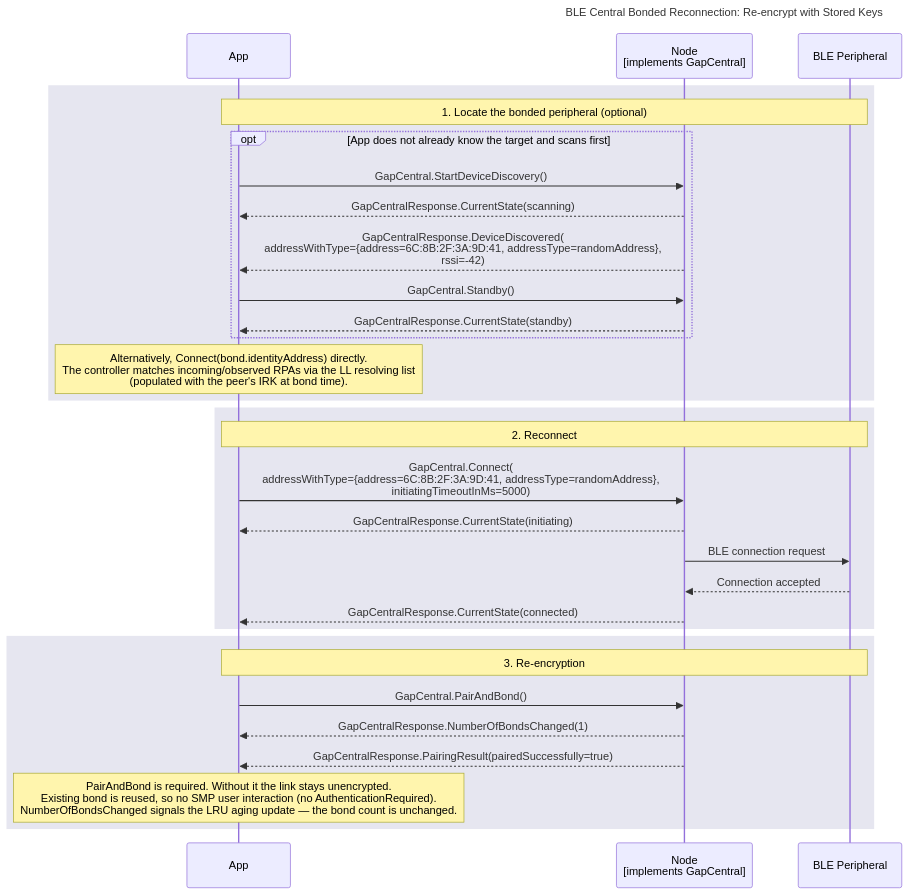
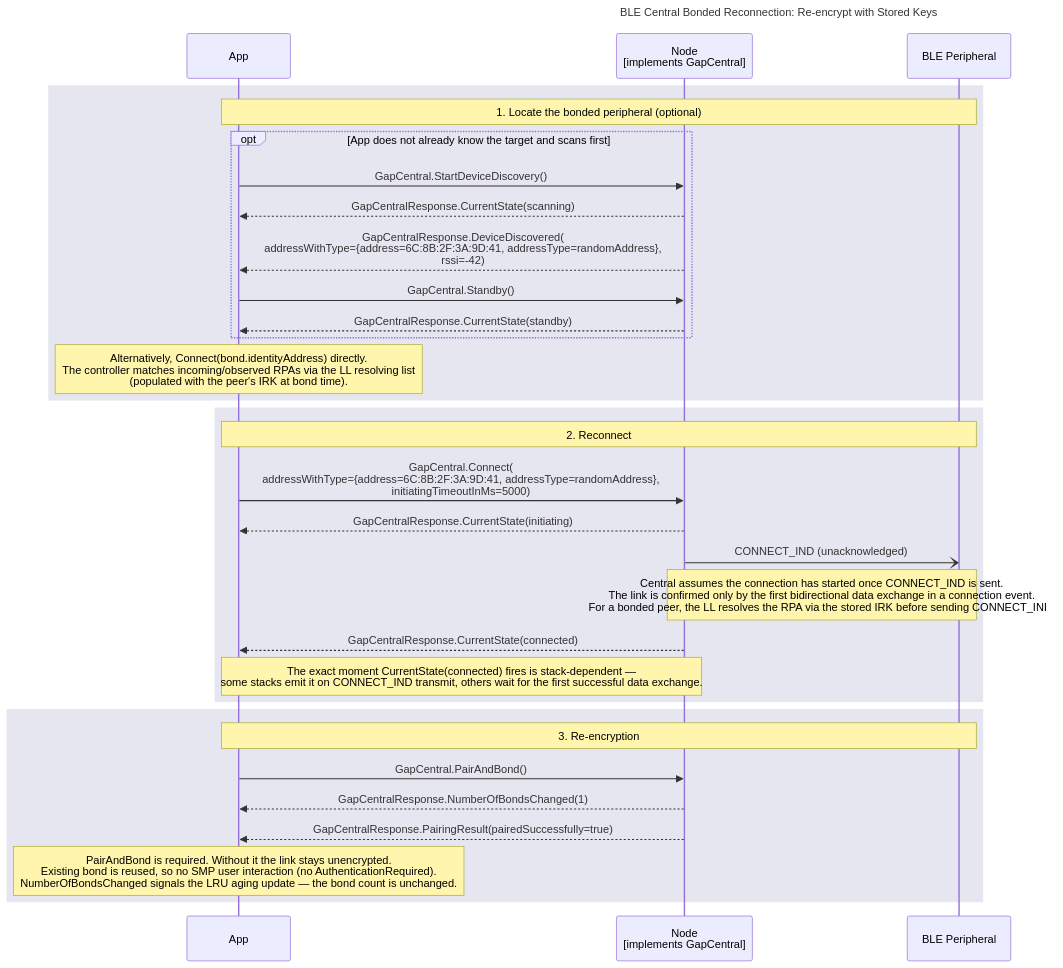
Before and after one commit to philips-software/amp-embedded-infra-lib: the diagram in documents/modules/ROOT/partials/echoservices/composite_flows/CentralRole_BondedReconnection_sequence.mmd, drawn with Mermaid. The commit also changed 5 other files, not shown here.

Commit message:
CONNECT_IND assumption when connected

```diff
--- a/documents/modules/ROOT/partials/echoservices/composite_flows/CentralRole_BondedReconnection_sequence.mmd
+++ b/documents/modules/ROOT/partials/echoservices/composite_flows/CentralRole_BondedReconnection_sequence.mmd
@@ -1,37 +1,38 @@
 sequenceDiagram
     title BLE Central Bonded Reconnection: Re-encrypt with Stored Keys
 
     participant App as App
     participant Node as Node<br>[implements GapCentral]
     participant Peripheral as BLE Peripheral
 
     rect rgb(230, 230, 240)
         note over App, Peripheral: 1. Locate the bonded peripheral (optional)
         opt App does not already know the target and scans first
             App->>Node: GapCentral.StartDeviceDiscovery()
             Node-->>App: GapCentralResponse.CurrentState(scanning)
             Node-->>App: GapCentralResponse.DeviceDiscovered(<br>addressWithType={address=6C:8B:2F:3A:9D:41, addressType=randomAddress},<br>rssi=-42)
             App->>Node: GapCentral.Standby()
             Node-->>App: GapCentralResponse.CurrentState(standby)
         end
 
         Note over App: Alternatively, Connect(bond.identityAddress) directly.<br>The controller matches incoming/observed RPAs via the LL resolving list<br>(populated with the peer's IRK at bond time).
     end
 
     rect rgb(230, 230, 240)
         note over App, Peripheral: 2. Reconnect
         App->>Node: GapCentral.Connect(<br>addressWithType={address=6C:8B:2F:3A:9D:41, addressType=randomAddress},<br>initiatingTimeoutInMs=5000)
         Node-->>App: GapCentralResponse.CurrentState(initiating)
-        Node->>Peripheral: BLE connection request
-        Peripheral-->>Node: Connection accepted
+        Node-)Peripheral: CONNECT_IND (unacknowledged)
+        Note over Node, Peripheral: Central assumes the connection has started once CONNECT_IND is sent.<br>The link is confirmed only by the first bidirectional data exchange in a connection event.<br>For a bonded peer, the LL resolves the RPA via the stored IRK before sending CONNECT_IND.
         Node-->>App: GapCentralResponse.CurrentState(connected)
+        Note over App, Node: The exact moment CurrentState(connected) fires is stack-dependent —<br>some stacks emit it on CONNECT_IND transmit, others wait for the first successful data exchange.
     end
 
     rect rgb(230, 230, 240)
         note over App, Peripheral: 3. Re-encryption
         App->>Node: GapCentral.PairAndBond()
         Node-->>App: GapCentralResponse.NumberOfBondsChanged(1)
         Node-->>App: GapCentralResponse.PairingResult(pairedSuccessfully=true)
 
         Note over App: PairAndBond is required. Without it the link stays unencrypted.<br>Existing bond is reused, so no SMP user interaction (no AuthenticationRequired).<br>NumberOfBondsChanged signals the LRU aging update — the bond count is unchanged.
     end
```
